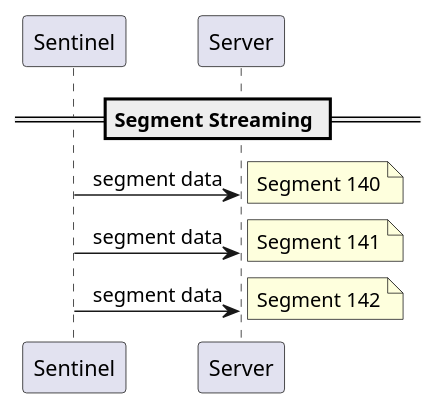
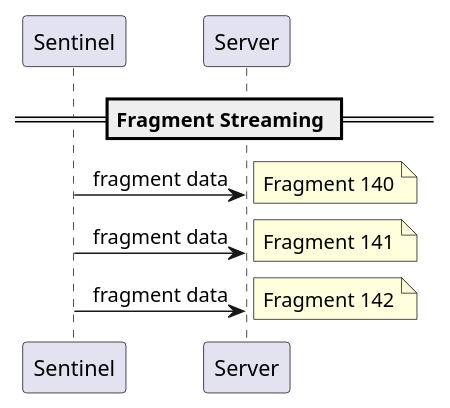
One commit to 2526-4ahitm-itp/2526-4ahitm-franklyn changed the first of 2 diagrams in hugo/content/docs/reference/media-spec/transport.md. Above: the diagram before and after it, drawn with PlantUML. The commit also changed other lines of this file and 11 other files, not shown here.

````diff
--- a/hugo/content/docs/reference/media-spec/transport.md
+++ b/hugo/content/docs/reference/media-spec/transport.md
@@ -24,20 +26,20 @@
 ```plantuml
 @startuml
 skinparam sequenceMessageAlign center
 
 participant "Sentinel" as S
 participant "Server" as Srv
 
-== Segment Streaming ==
+== Fragment Streaming ==
 
-S -> Srv : segment data
-note right: Segment 140
+S -> Srv : fragment data
+note right: Fragment 140
 
-S -> Srv : segment data
-note right: Segment 141
+S -> Srv : fragment data
+note right: Fragment 141
 
-S -> Srv : segment data
-note right: Segment 142
+S -> Srv : fragment data
+note right: Fragment 142
 
 @enduml
 ```
````
